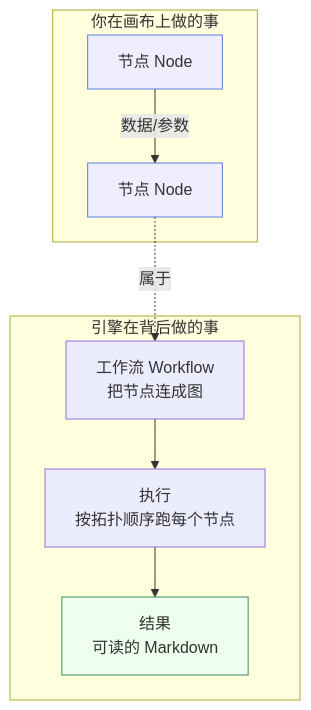
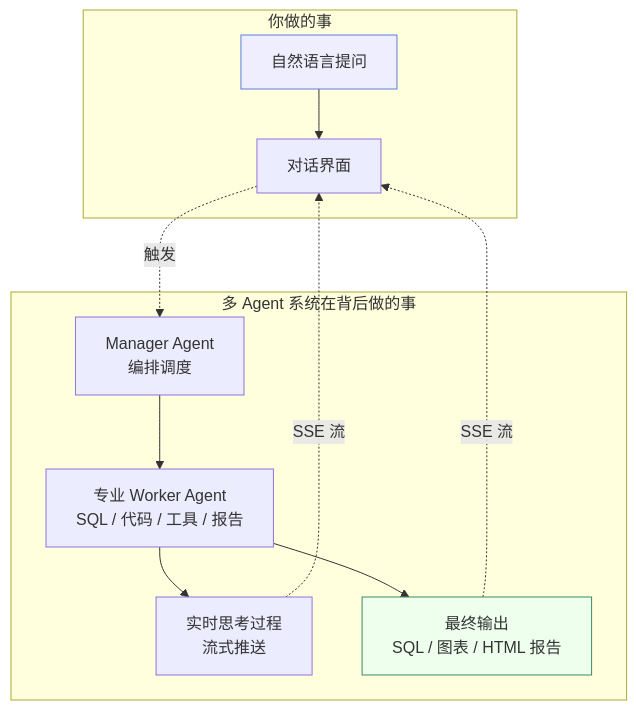
The diagram in sql-logic-docs/docs/getting-started/introduction.md (shixia9/MustBeTheSQL), drawn with Mermaid before and after one commit. The commit also changed other lines of this file and 11 other files, not shown here.

````diff
--- a/sql-logic-docs/docs/getting-started/introduction.md
+++ b/sql-logic-docs/docs/getting-started/introduction.md
@@ -28,14 +28,16 @@
 ```mermaid
 flowchart TB
-  subgraph 你在画布上做的事
-    N1["节点 Node"] -->|"数据/参数"| N2["节点 Node"]
+  subgraph 你做的事
+    Q["自然语言提问"] --> Chat["对话界面"]
   end
-  subgraph 引擎在背后做的事
-    W["工作流 Workflow<br/>把节点连成图"] --> E["执行<br/>按拓扑顺序跑每个节点"]
-    E --> R["结果<br/>可读的 Markdown"]
+  subgraph 多 Agent 系统在背后做的事
+    Manager["Manager Agent<br/>编排调度"] --> Workers["专业 Worker Agent<br/>SQL / 代码 / 工具 / 报告"]
+    Workers --> Thinking["实时思考过程<br/>流式推送"]
+    Workers --> Result["最终输出<br/>SQL / 图表 / HTML 报告"]
   end
-  N2 -.属于.-> W
-  style N1 fill:#eef,stroke:#5b7fd9
-  style N2 fill:#eef,stroke:#5b7fd9
-  style R fill:#efe,stroke:#3b8c5e
+  Chat -.触发.-> Manager
+  Thinking -.SSE 流.-> Chat
+  Result -.SSE 流.-> Chat
+  style Q fill:#eef,stroke:#5b7fd9
+  style Result fill:#efe,stroke:#3b8c5e
 ```
````
